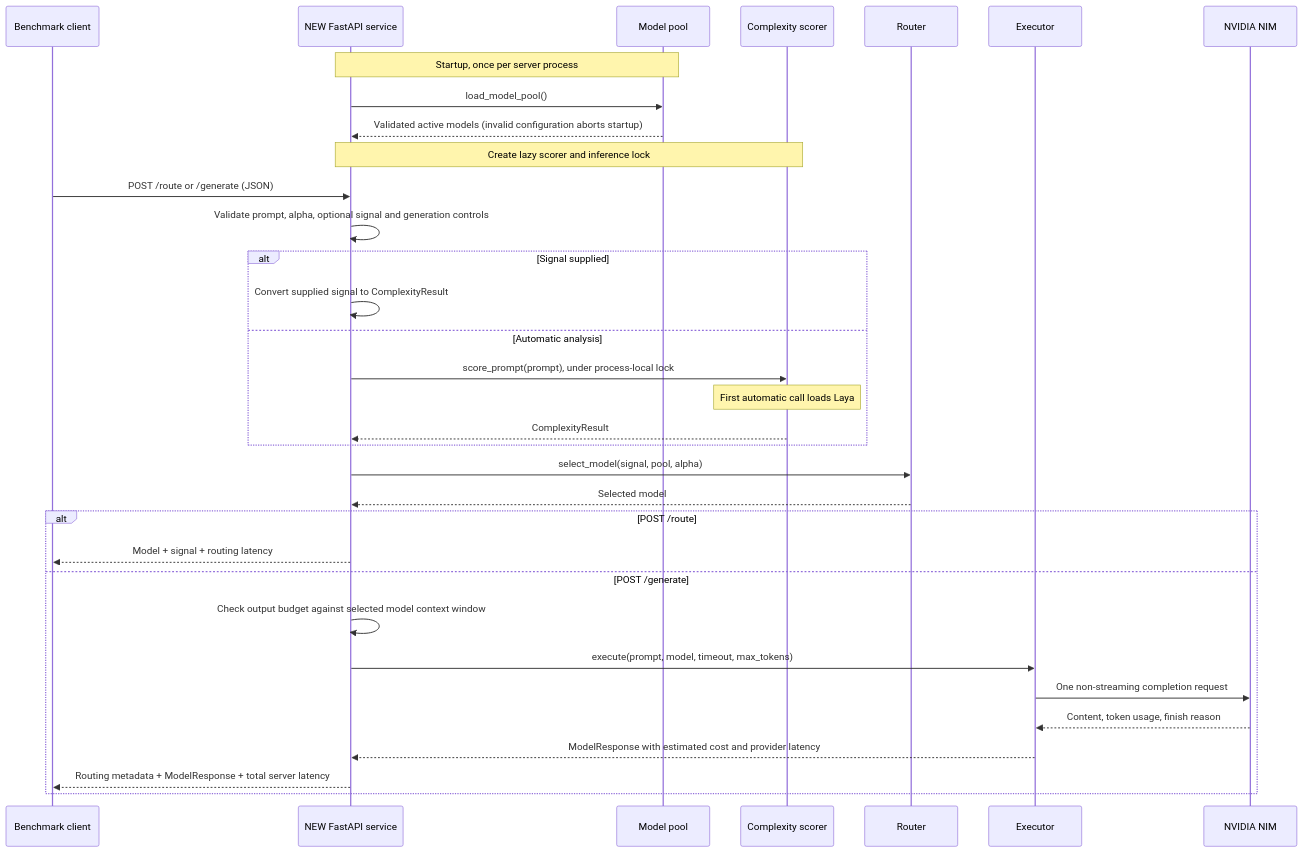
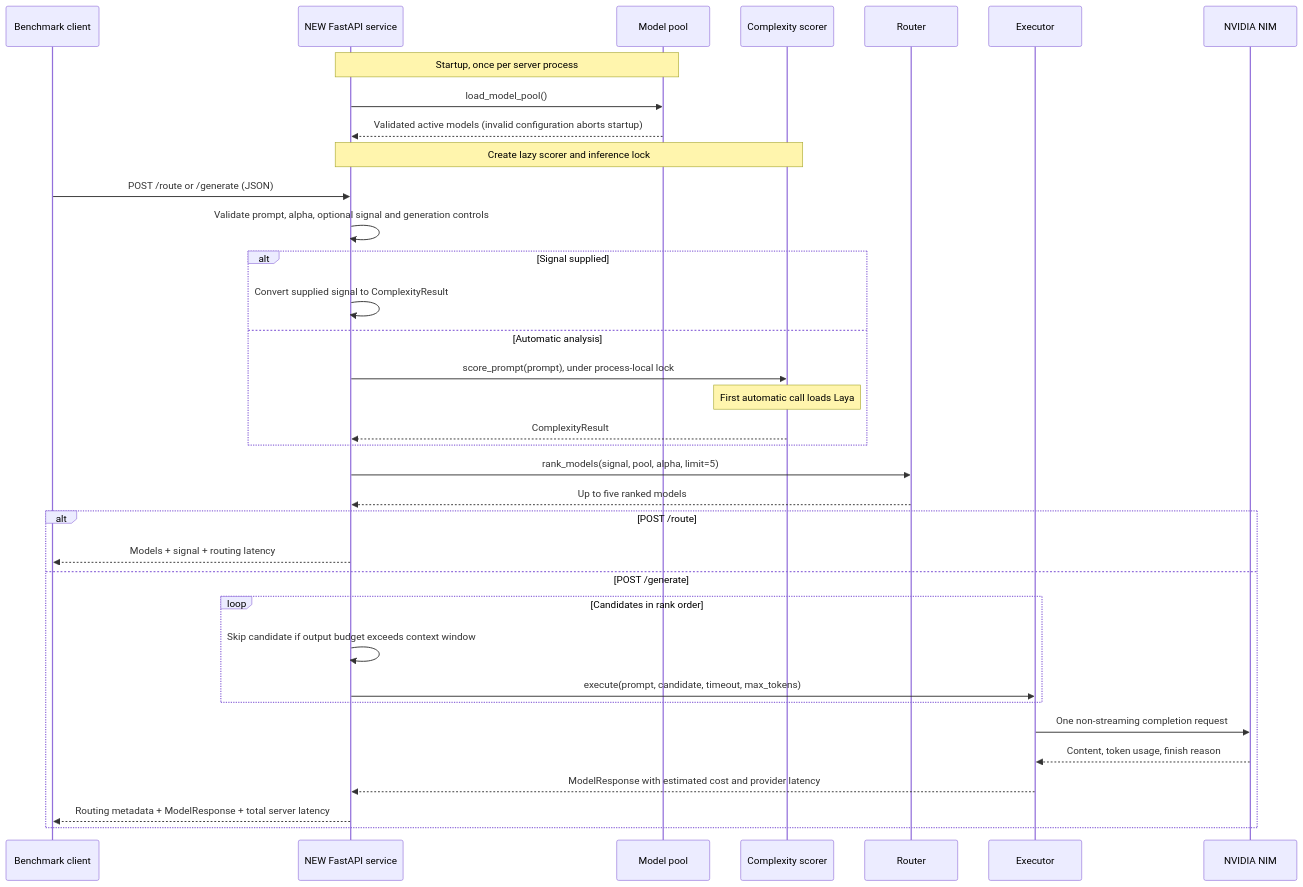
Before and after one commit to emrailklmin/Lonn: the third of 5 diagrams in docs/Prototype_architecture.md, drawn with Mermaid. The commit also changed other lines of this file and 8 other files, not shown here.

First line of the commit message:
Add ranked candidates and fallback for /generate

````diff
--- a/docs/Prototype_architecture.md
+++ b/docs/Prototype_architecture.md
@@ -331,35 +331,37 @@
 ```mermaid
 sequenceDiagram
     participant B as Benchmark client
     participant API as NEW FastAPI service
     participant MP as Model pool
     participant CS as Complexity scorer
     participant R as Router
     participant E as Executor
     participant N as NVIDIA NIM
     Note over API,MP: Startup, once per server process
     API->>MP: load_model_pool()
     MP-->>API: Validated active models (invalid configuration aborts startup)
     Note over API,CS: Create lazy scorer and inference lock
     B->>API: POST /route or /generate (JSON)
     API->>API: Validate prompt, alpha, optional signal and generation controls
     alt Signal supplied
         API->>API: Convert supplied signal to ComplexityResult
     else Automatic analysis
         API->>CS: score_prompt(prompt), under process-local lock
         Note over CS: First automatic call loads Laya
         CS-->>API: ComplexityResult
     end
-    API->>R: select_model(signal, pool, alpha)
-    R-->>API: Selected model
+    API->>R: rank_models(signal, pool, alpha, limit=5)
+    R-->>API: Up to five ranked models
     alt POST /route
-        API-->>B: Model + signal + routing latency
+        API-->>B: Models + signal + routing latency
     else POST /generate
-        API->>API: Check output budget against selected model context window
-        API->>E: execute(prompt, model, timeout, max_tokens)
+        loop Candidates in rank order
+            API->>API: Skip candidate if output budget exceeds context window
+            API->>E: execute(prompt, candidate, timeout, max_tokens)
+        end
         E->>N: One non-streaming completion request
         N-->>E: Content, token usage, finish reason
         E-->>API: ModelResponse with estimated cost and provider latency
         API-->>B: Routing metadata + ModelResponse + total server latency
     end
 ```
````
